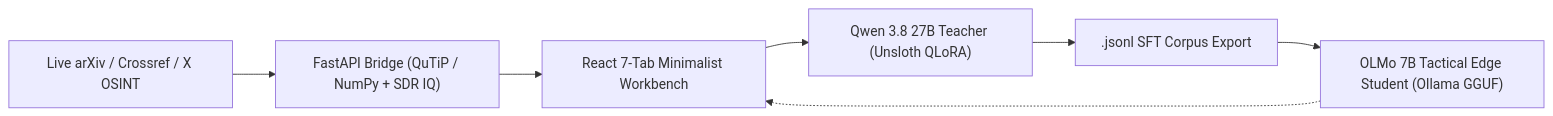
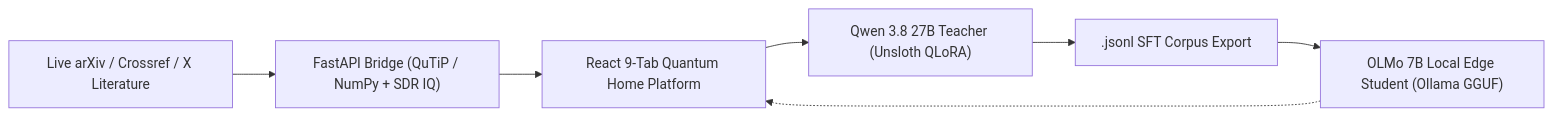
Before and after one commit to jacobhroutzong/q-spectra-17e-workbench: the diagram in README.md, drawn with Mermaid. The commit also changed other lines of this file and 18 other files, not shown here.

Commit message:
Publish Q-SPECTRA v2.3 quantum simulation platform

````diff
--- a/README.md
+++ b/README.md
@@ -20,9 +19,9 @@
 ```mermaid
 flowchart LR
-    OSINT["Live arXiv / Crossref / X OSINT"] --> FastAPI["FastAPI Bridge (QuTiP / NumPy + SDR IQ)"]
-    FastAPI --> UI["React 7-Tab Minimalist Workbench"]
+    OSINT["Live arXiv / Crossref / X Literature"] --> FastAPI["FastAPI Bridge (QuTiP / NumPy + SDR IQ)"]
+    FastAPI --> UI["React 9-Tab Quantum Home Platform"]
     UI --> Teacher["Qwen 3.8 27B Teacher (Unsloth QLoRA)"]
     Teacher --> Corpus[".jsonl SFT Corpus Export"]
-    Corpus --> Student["OLMo 7B Tactical Edge Student (Ollama GGUF)"]
+    Corpus --> Student["OLMo 7B Local Edge Student (Ollama GGUF)"]
     Student -.-> UI
 ```
````
